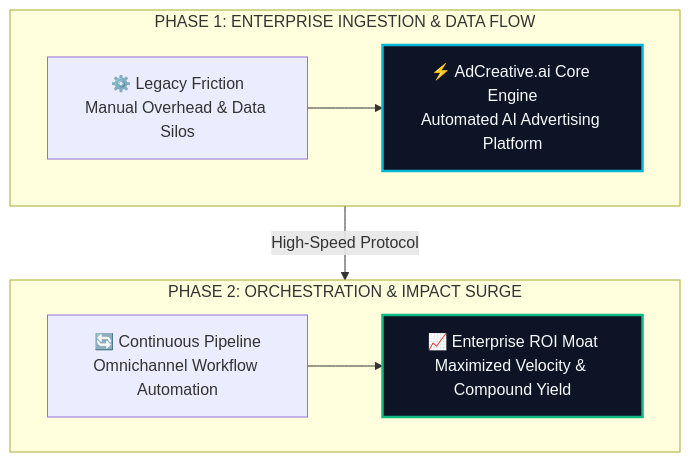
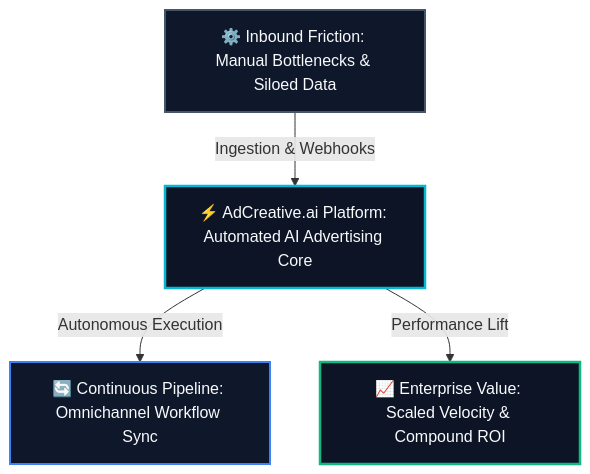
The diagram in site/src/content/blog/adcreative-ai-evolution-guide-2026.md (heliatech-media/saas-radar), drawn with Mermaid before and after one commit. The commit also changed 93 other files, not shown here.

First line of the commit message:
fix(diagrams): resolve dagre-d3 subgraph collision by migrating to balanced 3-tier Hub & Spoke architecture

````diff
--- a/site/src/content/blog/adcreative-ai-evolution-guide-2026.md
+++ b/site/src/content/blog/adcreative-ai-evolution-guide-2026.md
@@ -50,14 +50,14 @@
 ```mermaid
 flowchart TD
-    subgraph S1["PHASE 1: ENTERPRISE INGESTION & DATA FLOW"]
-        direction LR
-        A["⚙️ Legacy Friction<br/>Manual Overhead & Data Silos"] --> B["⚡ AdCreative.ai Core Engine<br/>Automated AI Advertising Platform"]
-    end
-    subgraph S2["PHASE 2: ORCHESTRATION & IMPACT SURGE"]
-        direction LR
-        C["🔄 Continuous Pipeline<br/>Omnichannel Workflow Automation"] --> D["📈 Enterprise ROI Moat<br/>Maximized Velocity & Compound Yield"]
-    end
-    S1 -->|High-Speed Protocol| S2
-    style B fill:#0c1425,stroke:#06b6d4,stroke-width:2.5px,color:#f8fafc
-    style D fill:#0c1425,stroke:#10b981,stroke-width:2.5px,color:#f8fafc
+    Inp["⚙️ Inbound Friction: Manual Bottlenecks & Siloed Data"]
+    Eng["⚡ AdCreative.ai Platform: Automated AI Advertising Core"]
+    Out1["🔄 Continuous Pipeline: Omnichannel Workflow Sync"]
+    Out2["📈 Enterprise Value: Scaled Velocity & Compound ROI"]
+    Inp -->|Ingestion & Webhooks| Eng
+    Eng -->|Autonomous Execution| Out1
+    Eng -->|Performance Lift| Out2
+    style Inp fill:#0f172a,stroke:#475569,stroke-width:2px,color:#f8fafc
+    style Eng fill:#0c1425,stroke:#06b6d4,stroke-width:2.5px,color:#f8fafc
+    style Out1 fill:#0f172a,stroke:#3b82f6,stroke-width:2px,color:#f8fafc
+    style Out2 fill:#0c1425,stroke:#10b981,stroke-width:2.5px,color:#f8fafc
 ```
````
